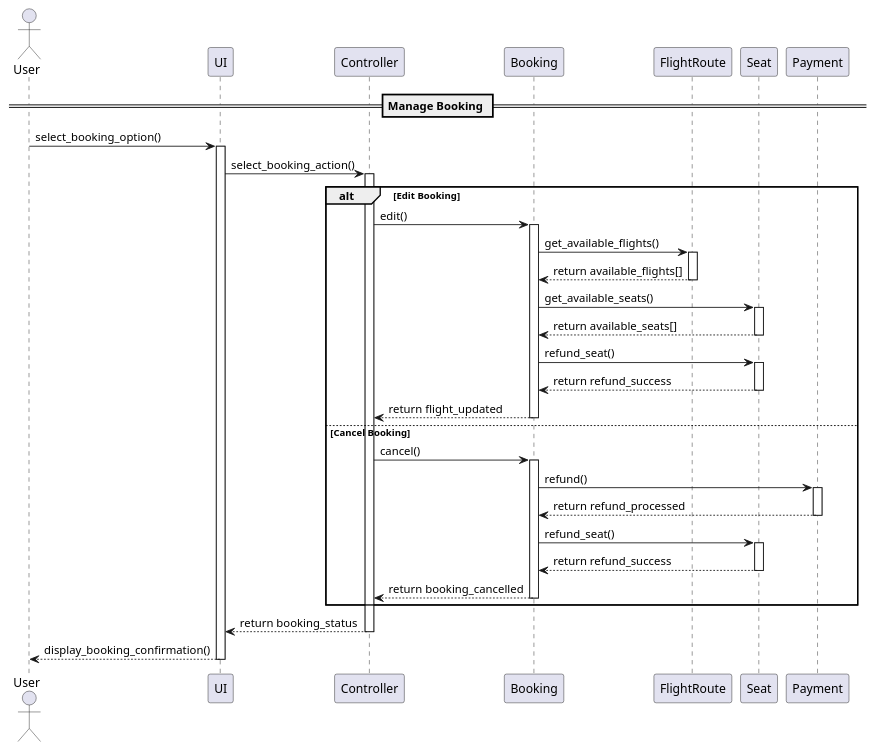
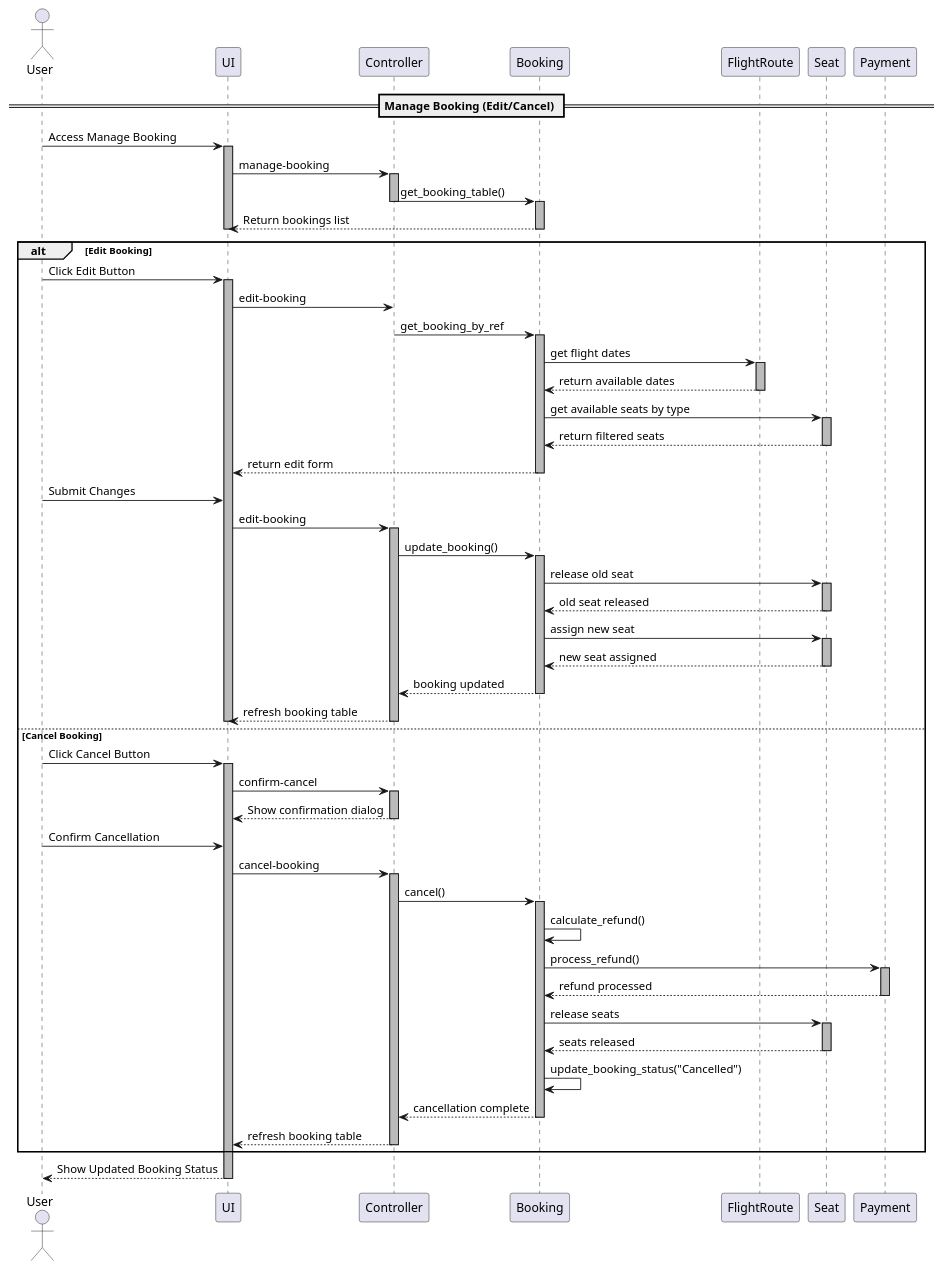
Before and after one commit to Nonnnchun/OOP_project: the diagram in .Shit-airline/sequenceDiagram/Managebooking.plantuml, drawn with PlantUML. The commit also changed 4 other files, not shown here.

Commit message:
update booking,backend, managebooking sequence

```diff
--- a/.Shit-airline/sequenceDiagram/Managebooking.plantuml
+++ b/.Shit-airline/sequenceDiagram/Managebooking.plantuml
@@ -1,53 +1,91 @@
-@startuml ManageBooking
+@startuml Manage Booking Flow
+
 actor "User" as user
-participant UI
-participant Controller
-participant Booking
-participant FlightRoute
-participant Seat
-participant Payment
+participant "UI" as frontend
+participant "Controller" as controller
+participant "Booking" as booking
+participant "FlightRoute" as flight
+participant "Seat" as seat
+participant "Payment" as payment
 
-== Manage Booking ==
+== Manage Booking (Edit/Cancel) ==
 
-user -> UI: select_booking_option()
-activate UI
-UI -> Controller: select_booking_action()
-activate Controller
+user -> frontend: Access Manage Booking
+activate frontend#BBBBBB
+frontend -> controller: manage-booking
+activate controller #BBBBBB
+controller -> booking: get_booking_table()
+deactivate controller
+activate booking #BBBBBB
+booking --> frontend: Return bookings list
+deactivate frontend
+deactivate booking
+
 alt Edit Booking
-    Controller -> Booking: edit()
-    activate Booking 
-    Booking -> FlightRoute: get_available_flights()
-    activate FlightRoute 
-    FlightRoute --> Booking: return available_flights[]
-    deactivate FlightRoute
-    Booking -> Seat: get_available_seats()
-    activate Seat 
-    Seat --> Booking: return available_seats[]
-    deactivate Seat
-    Booking -> Seat: refund_seat()
-    activate Seat 
-    Seat--> Booking: return refund_success
-    deactivate Seat
-    Booking --> Controller: return flight_updated
-    deactivate Booking
+    user -> frontend: Click Edit Button
+    activate frontend #BBBBBB
+    frontend -> controller: edit-booking
+    controller -> booking: get_booking_by_ref
+    activate booking #BBBBBB
+    booking -> flight: get flight dates
+    activate flight #BBBBBB
+    flight --> booking: return available dates
+    deactivate flight
+    booking -> seat: get available seats by type
+    activate seat #BBBBBB
+    seat --> booking: return filtered seats 
+    deactivate seat 
+    booking --> frontend: return edit form
+    deactivate booking
 
+    user -> frontend: Submit Changes
+    frontend -> controller: edit-booking
+    activate controller #BBBBBB
+    controller -> booking: update_booking()
+    activate booking #BBBBBB
+    booking -> seat: release old seat
+    activate seat #BBBBBB
+    seat --> booking: old seat released
+    deactivate seat
+    booking -> seat: assign new seat
+    activate seat #BBBBBB
+    seat --> booking: new seat assigned
+    deactivate seat
+    booking --> controller: booking updated
+    deactivate booking
+    controller --> frontend: refresh booking table
+    deactivate controller
+    deactivate frontend
 else Cancel Booking
-    Controller -> Booking: cancel()
-    activate Booking 
-    Booking -> Payment: refund()
-    activate Payment 
-    Payment --> Booking: return refund_processed
-    deactivate Payment
-    Booking -> Seat: refund_seat()
-    activate Seat 
-    Seat--> Booking: return refund_success
-    deactivate Seat
-    Booking --> Controller: return booking_cancelled
-    deactivate Booking
+    user -> frontend: Click Cancel Button
+    activate frontend #BBBBBB
+    frontend -> controller: confirm-cancel
+    activate controller #BBBBBB
+    controller --> frontend: Show confirmation dialog
+    deactivate controller
+    user -> frontend: Confirm Cancellation
+    frontend -> controller: cancel-booking
+    activate controller #BBBBBB
+    controller -> booking: cancel()
+    activate booking #BBBBBB
+    booking -> booking: calculate_refund()
+    booking -> payment: process_refund()
+    activate payment #BBBBBB
+    payment --> booking: refund processed
+    deactivate payment
+    booking -> seat: release seats
+    activate seat #BBBBBB
+    seat --> booking: seats released
+    deactivate seat
+    booking -> booking: update_booking_status("Cancelled")
+    booking --> controller: cancellation complete
+    deactivate booking
+    controller --> frontend: refresh booking table
+    deactivate controller
+    
 end
+    
+frontend --> user: Show Updated Booking Status
+deactivate frontend
 
-Controller --> UI: return booking_status
-deactivate Controller
-UI --> user: display_booking_confirmation()
-deactivate UI
 @enduml
```
